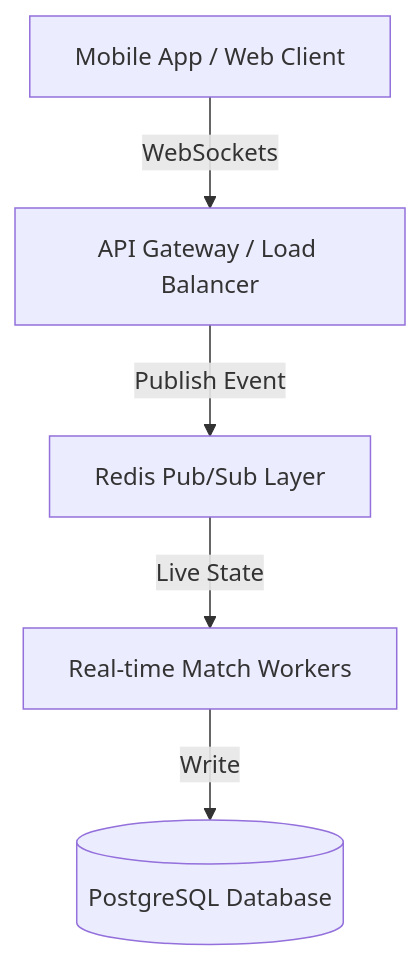
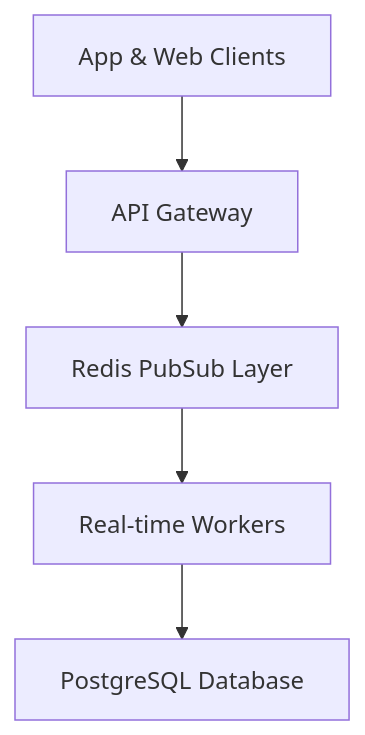
One commit to shahakz11/pm-portfolio-365scores changed the diagram in 365scores_prd.md. Above: the diagram before and after it, drawn with Mermaid. The commit also changed 2 other files, not shown here.

Commit message:
Simplify Mermaid syntax for browser compatibility

````diff
--- a/365scores_prd.md
+++ b/365scores_prd.md
@@ -41,7 +41,7 @@
 ```mermaid
 graph TD
-    Client["Mobile App / Web Client"] -->|WebSockets| Gateway["API Gateway / Load Balancer"]
-    Gateway -->|Publish Event| PubSub["Redis Pub/Sub Layer"]
-    PubSub -->|Live State| Workers["Real-time Match Workers"]
-    Workers -->|Write| Database[("PostgreSQL Database")]
+    Client["App & Web Clients"] --> Gateway["API Gateway"]
+    Gateway --> PubSub["Redis PubSub Layer"]
+    PubSub --> Workers["Real-time Workers"]
+    Workers --> Database["PostgreSQL Database"]
 ```
````
